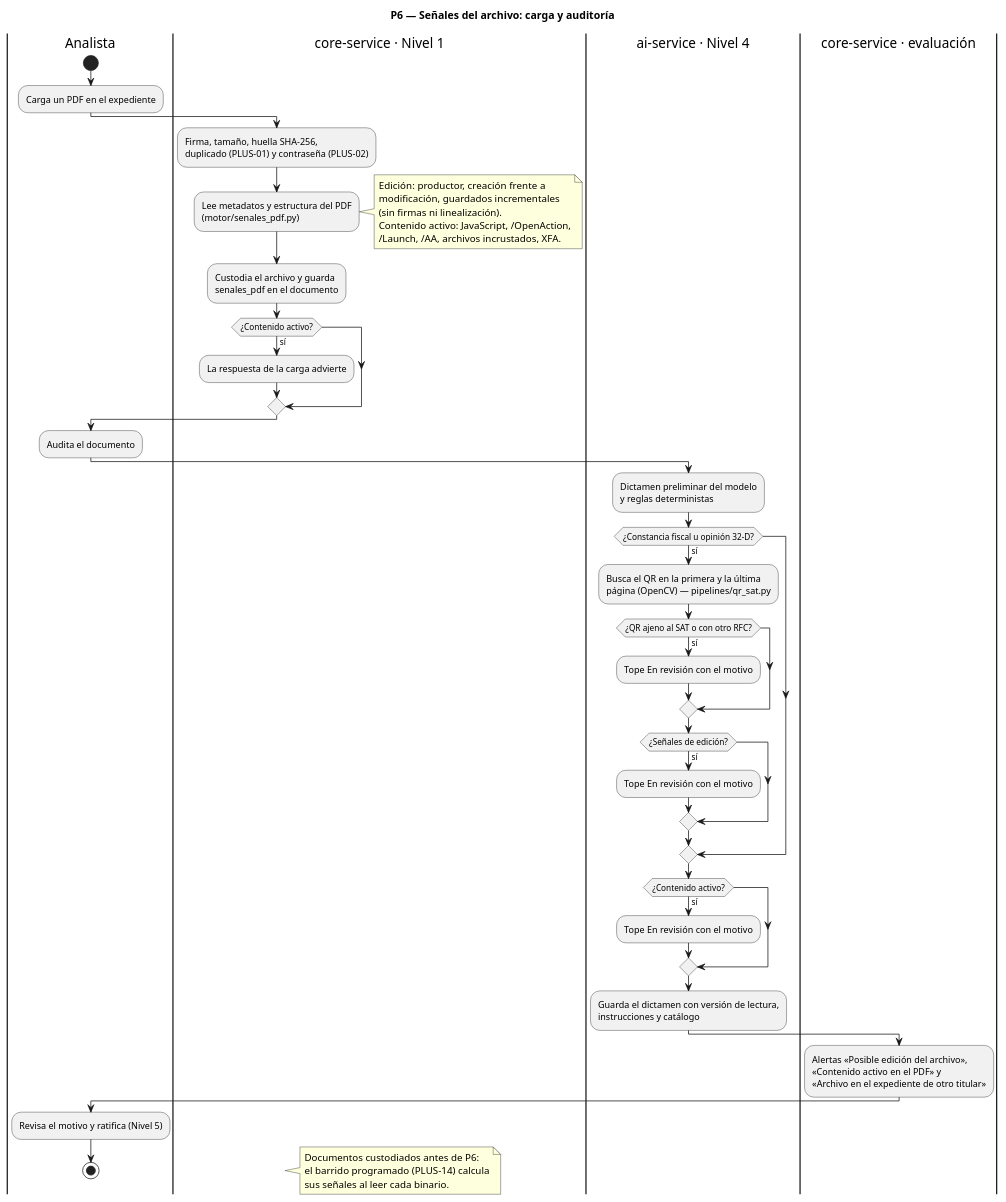
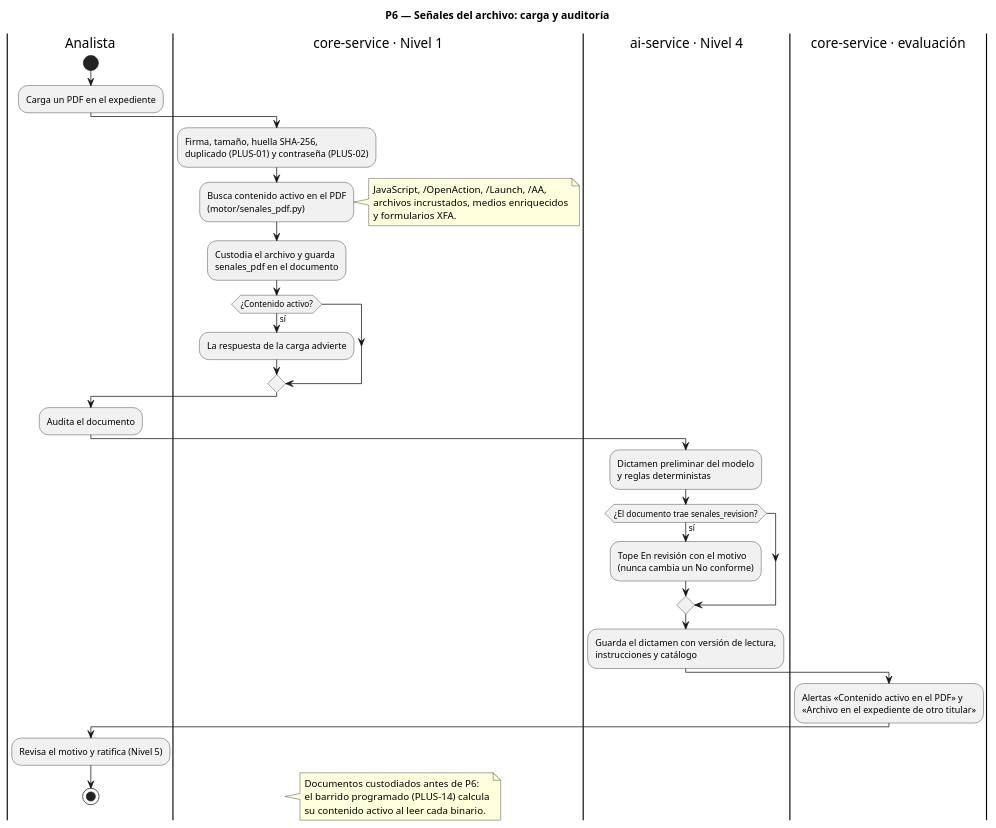
The diagram in docs/uml/p6-actividad-senales-archivo.puml (oliverpelay82-stack/G19X-ITCH-OVP-816-ACADEMIC), drawn with PlantUML before and after one commit. The commit also changed 17 other files, not shown here.

First line of the commit message:
perf(ai-service): lectura completa del OCR en flujo continuo, sin montar la bóveda (RNF-02)

```diff
--- a/docs/uml/p6-actividad-senales-archivo.puml
+++ b/docs/uml/p6-actividad-senales-archivo.puml
@@ -1,71 +1,61 @@
 @startuml p6-actividad-senales-archivo
 ' P6 — Señales del archivo en la carga y en la auditoría.
-' Trazabilidad: PLUS-16, PLUS-17, PLUS-18, M5; HU-50 a HU-53; NOM-151;
-' ISO/IEC 27001 A.8.7; DOC-02; RN-03; Nivel 5 (una señal nunca rechaza).
-' Implementación prevista: services/core-service/controllers/documento_controller.py,
+' Trazabilidad: PLUS-18, M5; HU-52 y HU-53; ISO/IEC 27001 A.8.7; DOC-02; RN-03;
+' Nivel 5 (una señal nunca rechaza).
+' Implementación: services/core-service/controllers/documento_controller.py,
 ' motor/senales_pdf.py, motor/integridad.py (barrido), motor/cumplimiento.py;
-' services/ai-service/controllers/analisis_controller.py y pipelines/qr_sat.py
+' services/ai-service/controllers/analisis_controller.py (_tope_revision).
 ' Actualiza F1 (carga) y F3 (auditoría).
+' Las señales de edición (PLUS-16) y el QR del SAT (PLUS-17) se retiraron el
+' 02/10/2026 (PRD §21.8); este diagrama refleja el código vigente.
 
 title P6 — Señales del archivo: carga y auditoría
 
 |Analista|
 start
 :Carga un PDF en el expediente;
 
 |core-service · Nivel 1|
 :Firma, tamaño, huella SHA-256,
 duplicado (PLUS-01) y contraseña (PLUS-02);
-:Lee metadatos y estructura del PDF
+:Busca contenido activo en el PDF
 (motor/senales_pdf.py);
 note right
-  Edición: productor, creación frente a
-  modificación, guardados incrementales
-  (sin firmas ni linealización).
-  Contenido activo: JavaScript, /OpenAction,
-  /Launch, /AA, archivos incrustados, XFA.
+  JavaScript, /OpenAction, /Launch, /AA,
+  archivos incrustados, medios enriquecidos
+  y formularios XFA.
 end note
 :Custodia el archivo y guarda
 senales_pdf en el documento;
 if (¿Contenido activo?) then (sí)
   :La respuesta de la carga advierte;
 endif
 
 |Analista|
 :Audita el documento;
 
 |ai-service · Nivel 4|
 :Dictamen preliminar del modelo
 y reglas deterministas;
-if (¿Constancia fiscal u opinión 32-D?) then (sí)
-  :Busca el QR en la primera y la última
-  página (OpenCV) — pipelines/qr_sat.py;
-  if (¿QR ajeno al SAT o con otro RFC?) then (sí)
-    :Tope En revisión con el motivo;
-  endif
-  if (¿Señales de edición?) then (sí)
-    :Tope En revisión con el motivo;
-  endif
-endif
-if (¿Contenido activo?) then (sí)
-  :Tope En revisión con el motivo;
+if (¿El documento trae senales_revision?) then (sí)
+  :Tope En revisión con el motivo
+  (nunca cambia un No conforme);
 endif
 :Guarda el dictamen con versión de lectura,
 instrucciones y catálogo;
 
 |core-service · evaluación|
-:Alertas «Posible edición del archivo»,
-«Contenido activo en el PDF» y
+:Alertas «Contenido activo en el PDF» y
 «Archivo en el expediente de otro titular»;
 
 |Analista|
 :Revisa el motivo y ratifica (Nivel 5);
 stop
 
 |core-service · Nivel 1|
 note right
   Documentos custodiados antes de P6:
   el barrido programado (PLUS-14) calcula
-  sus señales al leer cada binario.
+  su contenido activo al leer cada binario.
 end note
 @enduml
```
